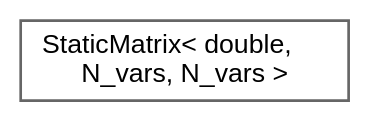
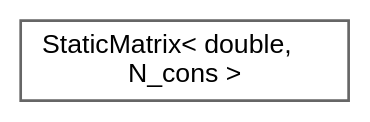
The diagram in inherit_graph_88.dot (jswoo0615/Algorithms_for_Optimization_cpp), drawn with Graphviz before and after one commit. The commit also changed 144 other files, not shown here.

```diff
--- a/inherit_graph_88.dot
+++ b/inherit_graph_88.dot
@@ -1,9 +1,9 @@
 digraph "Graphical Class Hierarchy"
 {
  // LATEX_PDF_SIZE
   bgcolor="transparent";
   edge [fontname=Helvetica,fontsize=10,labelfontname=Helvetica,labelfontsize=10];
   node [fontname=Helvetica,fontsize=10,shape=box,height=0.2,width=0.4];
   rankdir="LR";
-  Node0 [id="Node000000",label="StaticMatrix\< double,\l N_vars, N_vars \>",height=0.2,width=0.4,color="grey40", fillcolor="white", style="filled",URL="$classStaticMatrix.html",tooltip=" "];
+  Node0 [id="Node000000",label="StaticMatrix\< double,\l N_cons \>",height=0.2,width=0.4,color="grey40", fillcolor="white", style="filled",URL="$classStaticMatrix.html",tooltip=" "];
 }
```
